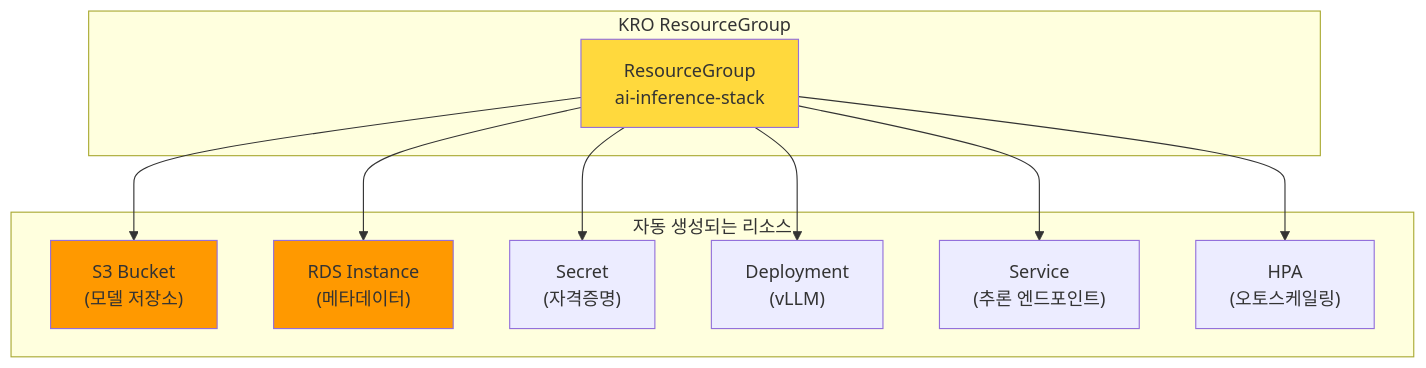
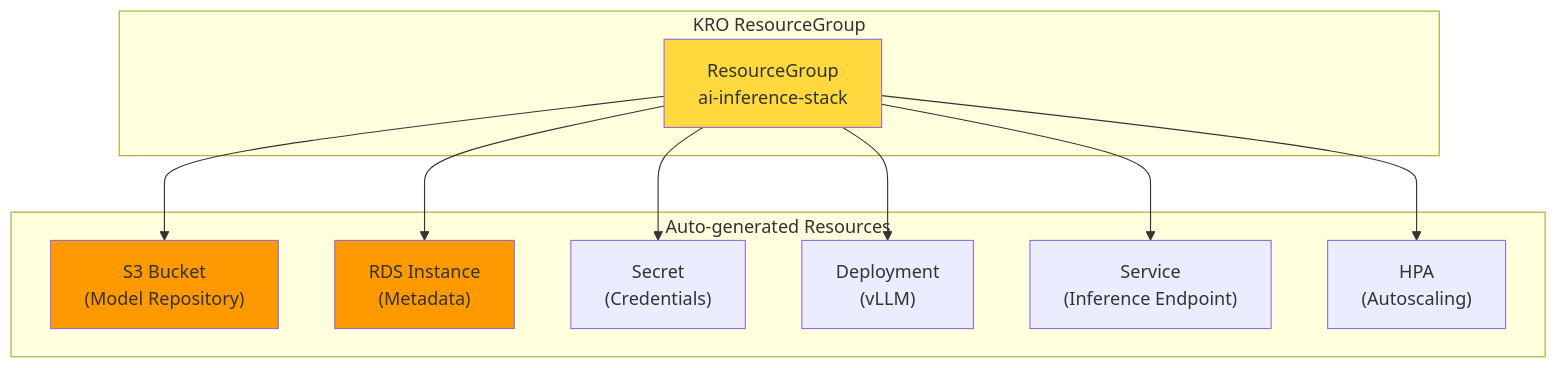
The sixth of 9 diagrams in i18n/en/docusaurus-plugin-content-docs/current/agentic-ai-platform/design-architecture/agentic-ai-solutions-eks.md (devfloor9/engineering-playbook), drawn with Mermaid before and after one commit. The commit also changed other lines of this file and 105 other files, not shown here.

````diff
--- a/i18n/en/docusaurus-plugin-content-docs/current/agentic-ai-platform/design-architecture/agentic-ai-solutions-eks.md
+++ b/i18n/en/docusaurus-plugin-content-docs/current/agentic-ai-platform/design-architecture/agentic-ai-solutions-eks.md
@@ -506,21 +399,21 @@
 ```mermaid
 graph TB
     subgraph "KRO ResourceGroup"
         RG["ResourceGroup<br/>ai-inference-stack"]
     end
 
-    subgraph "자동 생성되는 리소스"
-        S3B["S3 Bucket<br/>(모델 저장소)"]
-        RDS["RDS Instance<br/>(메타데이터)"]
-        SEC["Secret<br/>(자격증명)"]
+    subgraph "Auto-generated Resources"
+        S3B["S3 Bucket<br/>(Model Repository)"]
+        RDS["RDS Instance<br/>(Metadata)"]
+        SEC["Secret<br/>(Credentials)"]
         DEP["Deployment<br/>(vLLM)"]
-        SVC["Service<br/>(추론 엔드포인트)"]
-        HPA["HPA<br/>(오토스케일링)"]
+        SVC["Service<br/>(Inference Endpoint)"]
+        HPA["HPA<br/>(Autoscaling)"]
     end
 
     RG --> S3B & RDS & SEC & DEP & SVC & HPA
 
     style RG fill:#ffd93d
     style S3B fill:#ff9900
     style RDS fill:#ff9900
 ```
````
